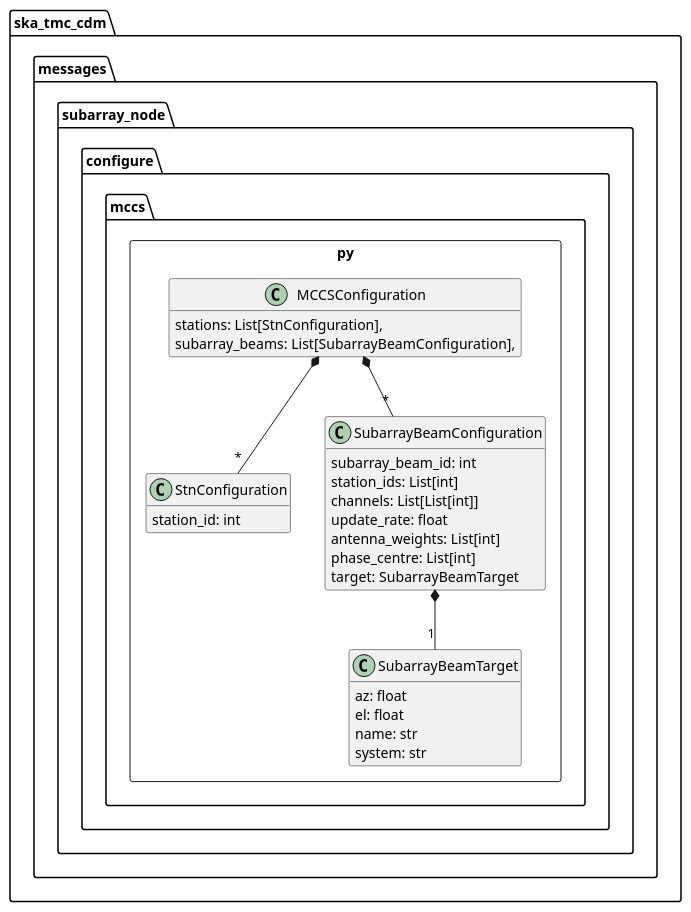
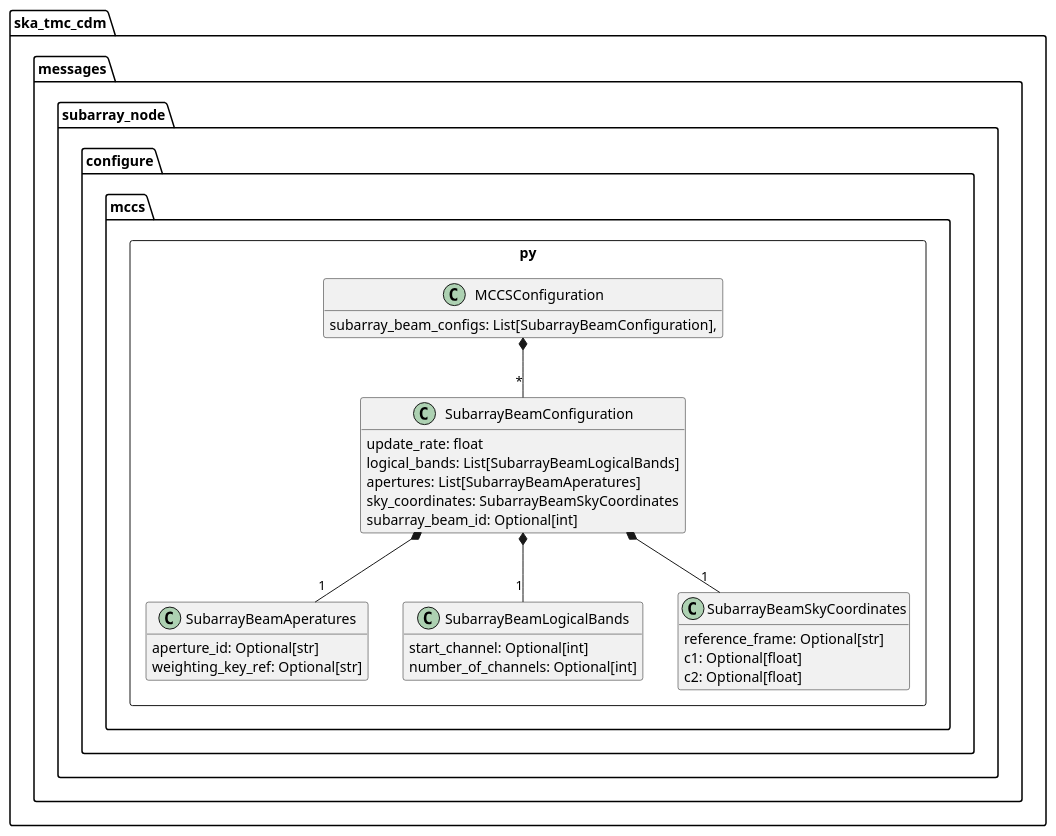
The diagram in docs/src/developer/subarraynode/mccs.puml (ska-telescope/cdm-shared-library), drawn with PlantUML before and after one commit. The commit also changed 3 other files, not shown here.

```diff
--- a/docs/src/developer/subarraynode/mccs.puml
+++ b/docs/src/developer/subarraynode/mccs.puml
@@ -1,38 +1,41 @@
 @startuml
 hide empty members
 
 package ska_tmc_cdm.messages.subarray_node.configure {
     package mccs.py <<Rectangle>> {
+        
 
-        class StnConfiguration {
-            station_id: int
+        class SubarrayBeamAperatures {
+            aperture_id: Optional[str]
+            weighting_key_ref: Optional[str]
+        }
+        class SubarrayBeamLogicalBands {
+            start_channel: Optional[int]
+            number_of_channels: Optional[int]
+        }
+
+        class SubarrayBeamSkyCoordinates {
+            reference_frame: Optional[str]
+            c1: Optional[float]
+            c2: Optional[float]
         }
 
         class SubarrayBeamConfiguration {
-            subarray_beam_id: int
-            station_ids: List[int]
-            channels: List[List[int]]
             update_rate: float
-            antenna_weights: List[int]
-            phase_centre: List[int]
-            target: SubarrayBeamTarget
+            logical_bands: List[SubarrayBeamLogicalBands]
+            apertures: List[SubarrayBeamAperatures]
+            sky_coordinates: SubarrayBeamSkyCoordinates
+            subarray_beam_id: Optional[int]
         }
 
-        class SubarrayBeamTarget {
-             az: float
-             el: float
-             name: str
-             system: str
-          }
-        SubarrayBeamConfiguration *-- "1" SubarrayBeamTarget
-
         class MCCSConfiguration {
-            stations: List[StnConfiguration],
-            subarray_beams: List[SubarrayBeamConfiguration],
+            subarray_beam_configs: List[SubarrayBeamConfiguration],
         }
-        MCCSConfiguration *-- "*" StnConfiguration
         MCCSConfiguration *-- "*" SubarrayBeamConfiguration
+        SubarrayBeamConfiguration *-- "1" SubarrayBeamLogicalBands
+        SubarrayBeamConfiguration *-- "1" SubarrayBeamAperatures
+        SubarrayBeamConfiguration *-- "1" SubarrayBeamSkyCoordinates
     }
 }
 
 @enduml
```
